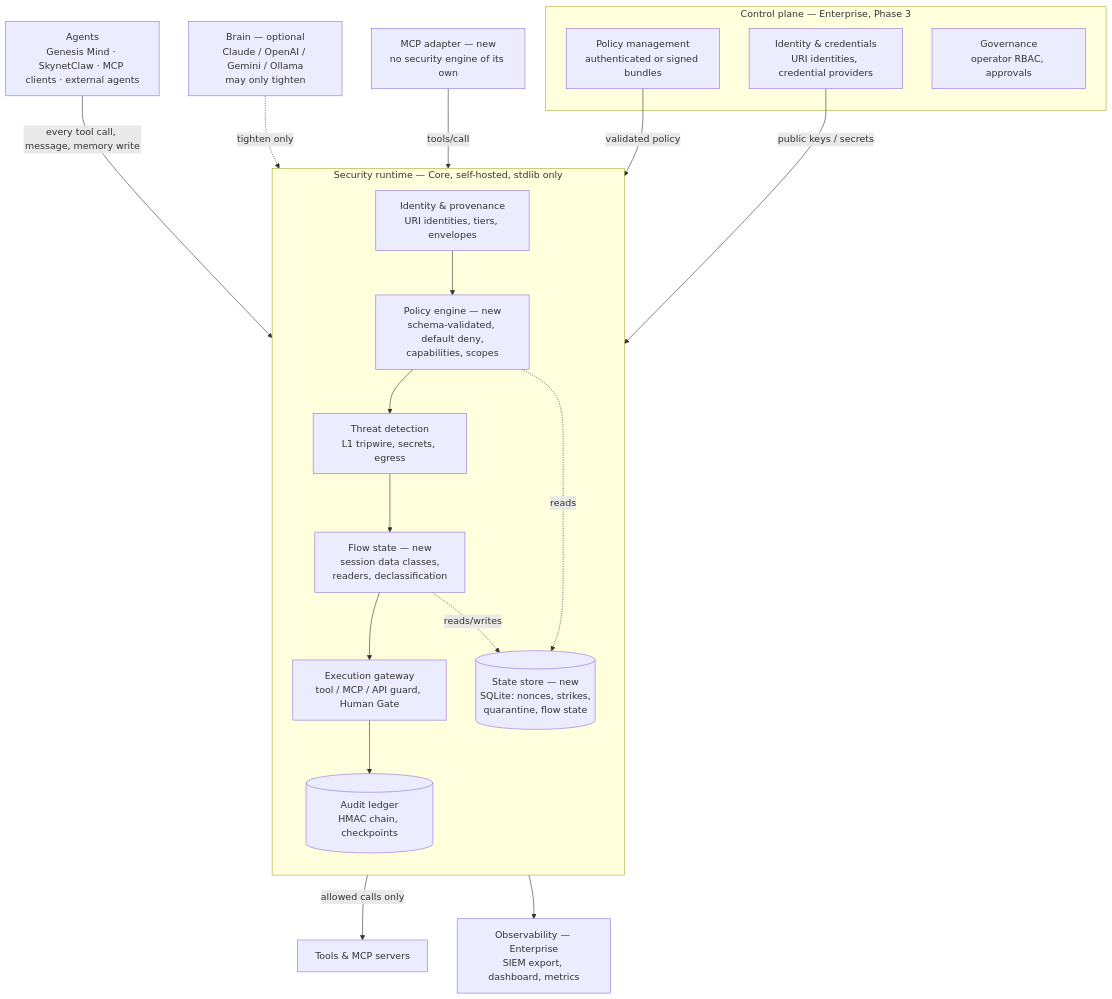
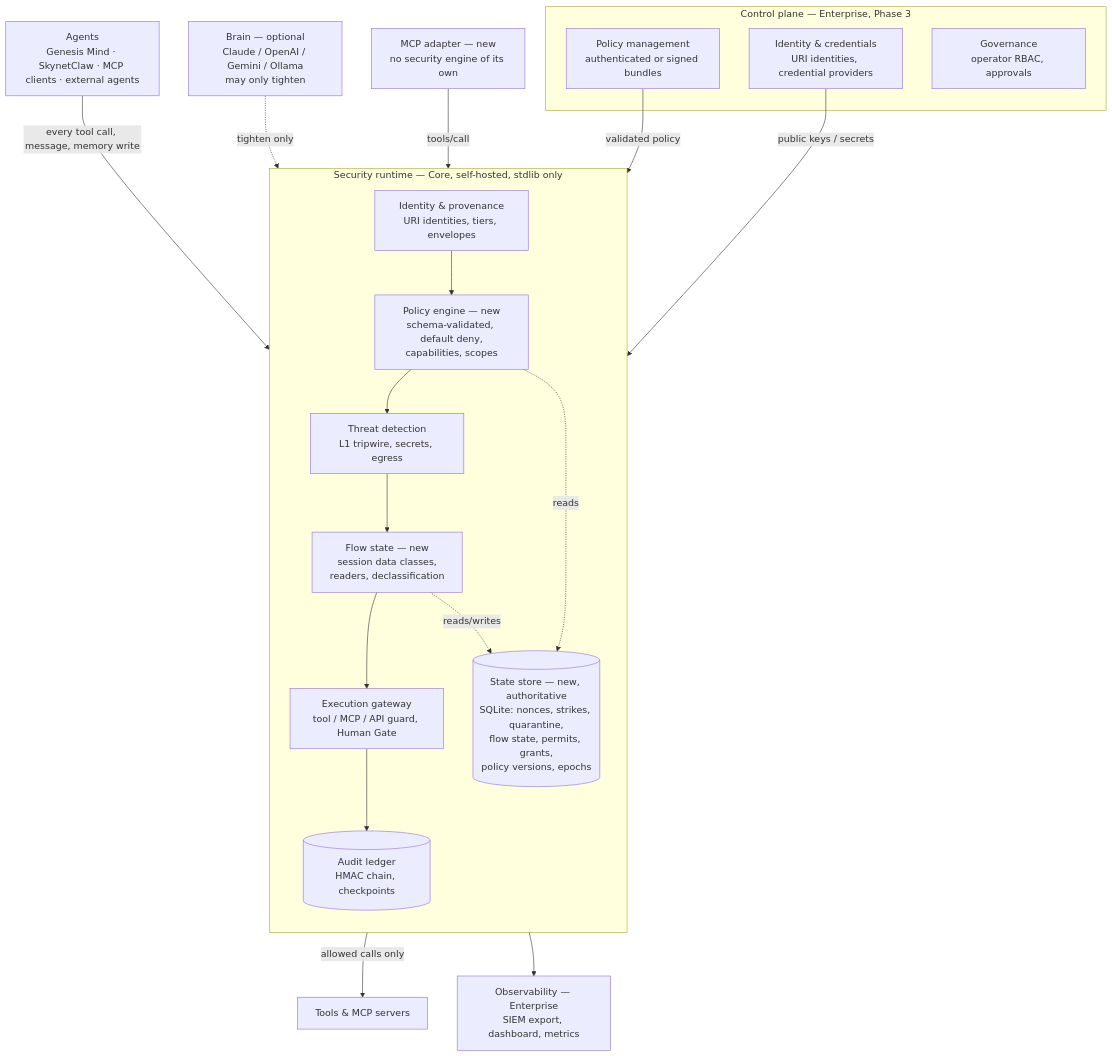
One commit to ElmatadorZ/Genesis-security changed the diagram in docs/product/architecture.md. Above: the diagram before and after it, drawn with Mermaid. The commit also changed other lines of this file and 5 other files, not shown here.

First line of the commit message:
Freeze Batch 1 baseline; rebuild Batch 2 (threat model, architecture) and add traceability matrix

````diff
--- a/docs/product/architecture.md
+++ b/docs/product/architecture.md
@@ -5,37 +5,37 @@
 ```mermaid
 flowchart TB
   subgraph CP[Control plane — Enterprise, Phase 3]
     PM[Policy management<br/>authenticated or signed bundles]
     IDM[Identity & credentials<br/>URI identities, credential providers]
     GOV[Governance<br/>operator RBAC, approvals]
   end
 
   subgraph RT[Security runtime — Core, self-hosted, stdlib only]
     direction TB
     PROV[Identity & provenance<br/>URI identities, tiers, envelopes]
     POL[Policy engine — new<br/>schema-validated, default deny,<br/>capabilities, scopes]
     DET[Threat detection<br/>L1 tripwire, secrets, egress]
     GW[Execution gateway<br/>tool / MCP / API guard, Human Gate]
     FLOW[Flow state — new<br/>session data classes,<br/>readers, declassification]
-    ST[(State store — new<br/>SQLite: nonces, strikes,<br/>quarantine, flow state)]
+    ST[(State store — new, authoritative<br/>SQLite: nonces, strikes, quarantine,<br/>flow state, permits, grants,<br/>policy versions, epochs)]
     LED[(Audit ledger<br/>HMAC chain, checkpoints)]
     PROV --> POL --> DET --> FLOW --> GW
     POL -.reads.-> ST
     FLOW -.reads/writes.-> ST
     GW --> LED
   end
 
   BR[Brain — optional<br/>Claude / OpenAI / Gemini / Ollama<br/>may only tighten]
   AG[Agents<br/>Genesis Mind · SkynetClaw · MCP clients · external agents]
   MCPA[MCP adapter — new<br/>no security engine of its own]
   TOOLS[Tools & MCP servers]
   OBS[Observability — Enterprise<br/>SIEM export, dashboard, metrics]
 
   AG -- every tool call, message, memory write --> PROV
   BR -. tighten only .-> GW
   GW -- allowed calls only --> TOOLS
   MCPA -- tools/call --> GW
   PM -- validated policy --> POL
   IDM -- public keys / secrets --> PROV
   LED --> OBS
 ```
````
